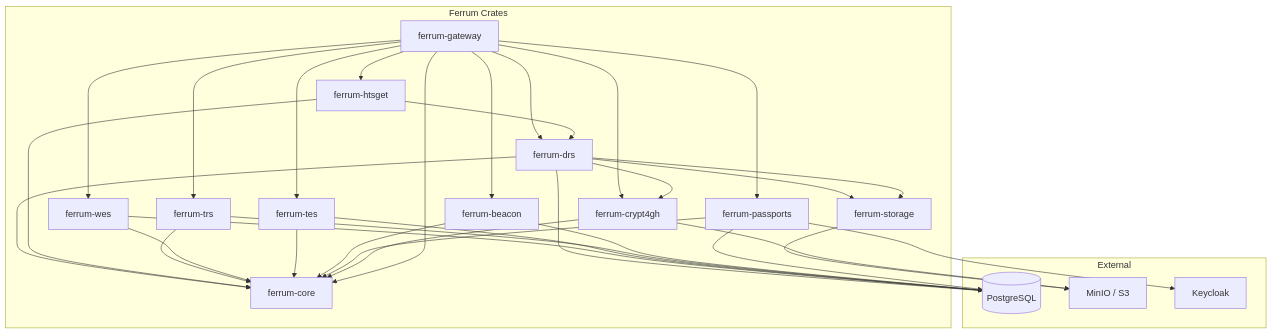
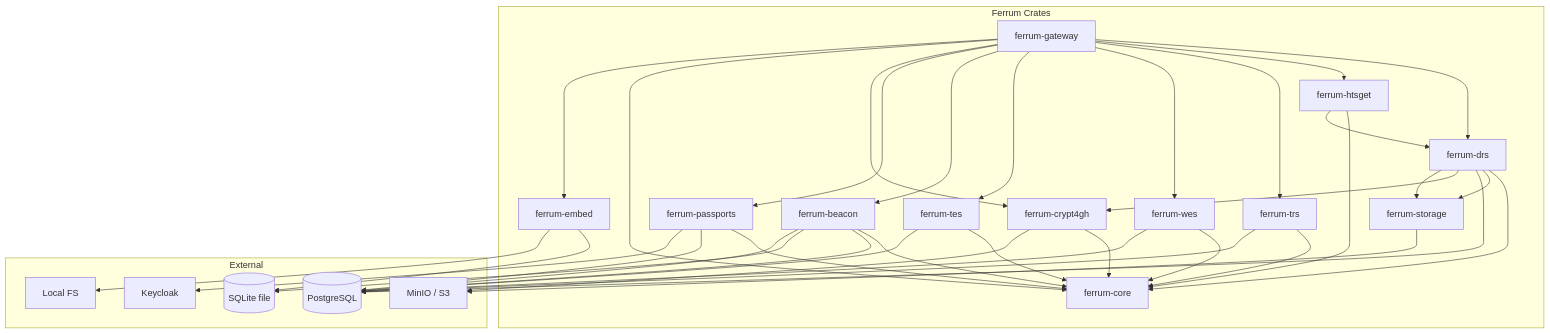
Before and after one commit to SynapticFour/Ferrum: the first of 12 diagrams in docs/ARCHITECTURE.md, drawn with Mermaid. The commit also changed other lines of this file and 40 other files, not shown here.

First line of the commit message:
Add offline-first laptop mode with SQLite embed backend (PROMPT 1).

````diff
--- a/docs/ARCHITECTURE.md
+++ b/docs/ARCHITECTURE.md
@@ -9,55 +9,63 @@
 ```mermaid
 graph TD
   subgraph Crates["Ferrum Crates"]
     GW[ferrum-gateway]
     CORE[ferrum-core]
     STOR[ferrum-storage]
     DRS[ferrum-drs]
     HTSGET[ferrum-htsget]
     TRS[ferrum-trs]
     WES[ferrum-wes]
     TES[ferrum-tes]
     BEACON[ferrum-beacon]
     PASS[ferrum-passports]
     C4[ferrum-crypt4gh]
+    EMBED[ferrum-embed]
   end
 
   subgraph External["External"]
     PG[(PostgreSQL)]
+    SQLITE[(SQLite file)]
     MINIO[MinIO / S3]
+    LOCAL[Local FS]
     KC[Keycloak]
   end
 
   GW --> DRS
   GW --> HTSGET
   GW --> TRS
   GW --> WES
   GW --> TES
   GW --> BEACON
   GW --> PASS
   GW --> C4
   DRS --> CORE
   DRS --> STOR
   HTSGET --> CORE
   TRS --> CORE
   WES --> CORE
   TES --> CORE
   BEACON --> CORE
   PASS --> CORE
   C4 --> CORE
   GW --> CORE
+  GW --> EMBED
+  EMBED --> SQLITE
+  EMBED --> LOCAL
 
   HTSGET --> DRS
 
   DRS --> PG
+  BEACON --> PG
+  BEACON --> SQLITE
   WES --> PG
   TES --> PG
   TRS --> PG
   BEACON --> PG
   PASS --> PG
   DRS --> C4
   STOR --> MINIO
   DRS --> STOR
   C4 --> MINIO
   PASS --> KC
 ```
````
